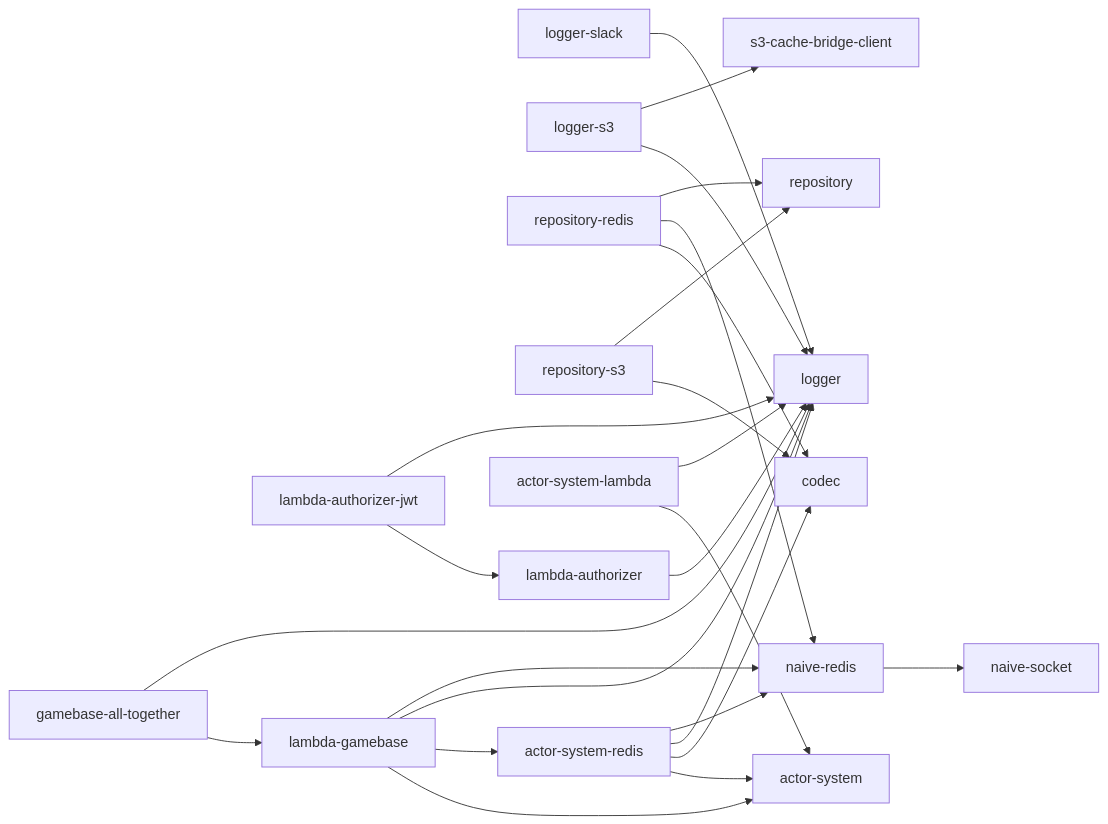
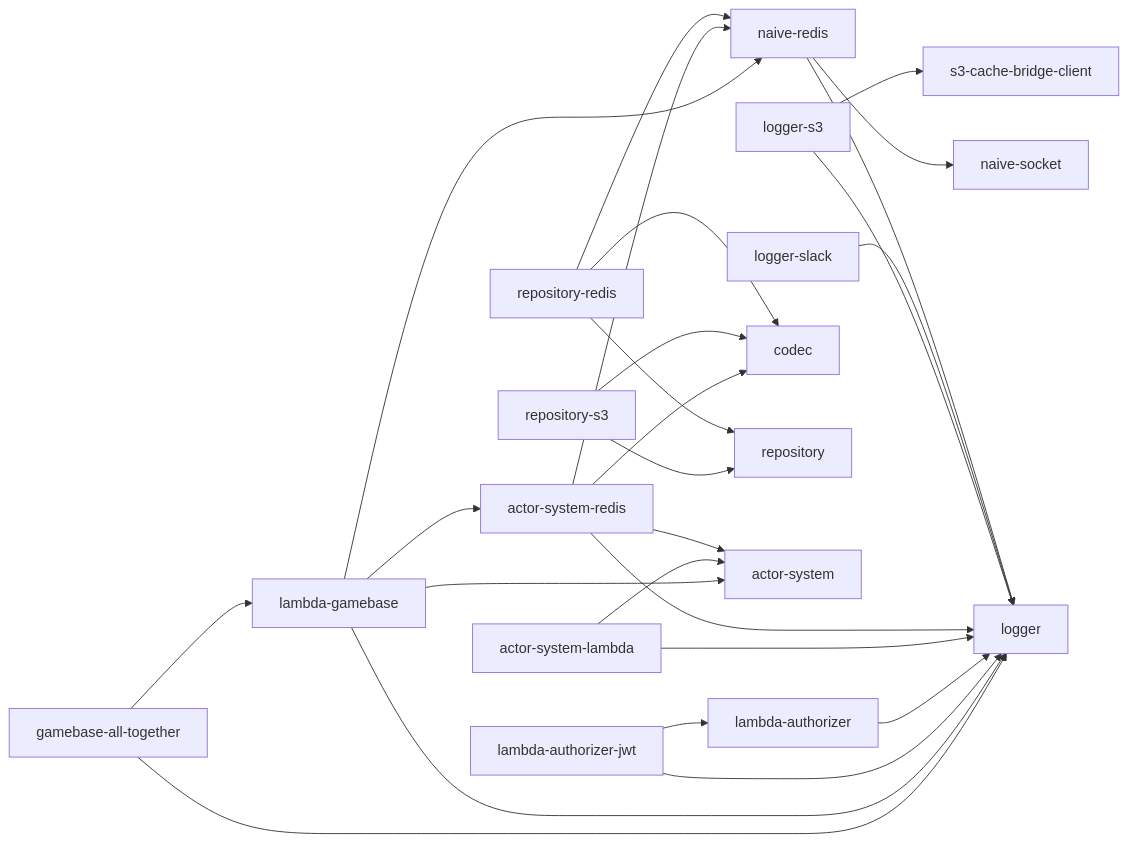
One commit to yingyeothon/tslib changed the diagram in README.md. Above: the diagram before and after it, drawn with Mermaid. The commit also changed other lines of this file and 3 other files, not shown here.

````diff
--- a/README.md
+++ b/README.md
@@ -30,27 +30,28 @@
 ```mermaid
 graph LR
+  naive-redis --> logger
   naive-redis --> naive-socket
   logger-slack --> logger
   logger-s3 --> logger
   logger-s3 --> s3-cache-bridge-client
   repository-redis --> codec
   repository-redis --> naive-redis
   repository-redis --> repository
   repository-s3 --> codec
   repository-s3 --> repository
   actor-system-redis --> actor-system
   actor-system-redis --> codec
   actor-system-redis --> logger
   actor-system-redis --> naive-redis
   actor-system-lambda --> actor-system
   actor-system-lambda --> logger
   lambda-authorizer --> logger
   lambda-authorizer-jwt --> lambda-authorizer
   lambda-authorizer-jwt --> logger
   lambda-gamebase --> actor-system
   lambda-gamebase --> actor-system-redis
   lambda-gamebase --> logger
   lambda-gamebase --> naive-redis
   gamebase-all-together --> lambda-gamebase
   gamebase-all-together --> logger
 ```
````
